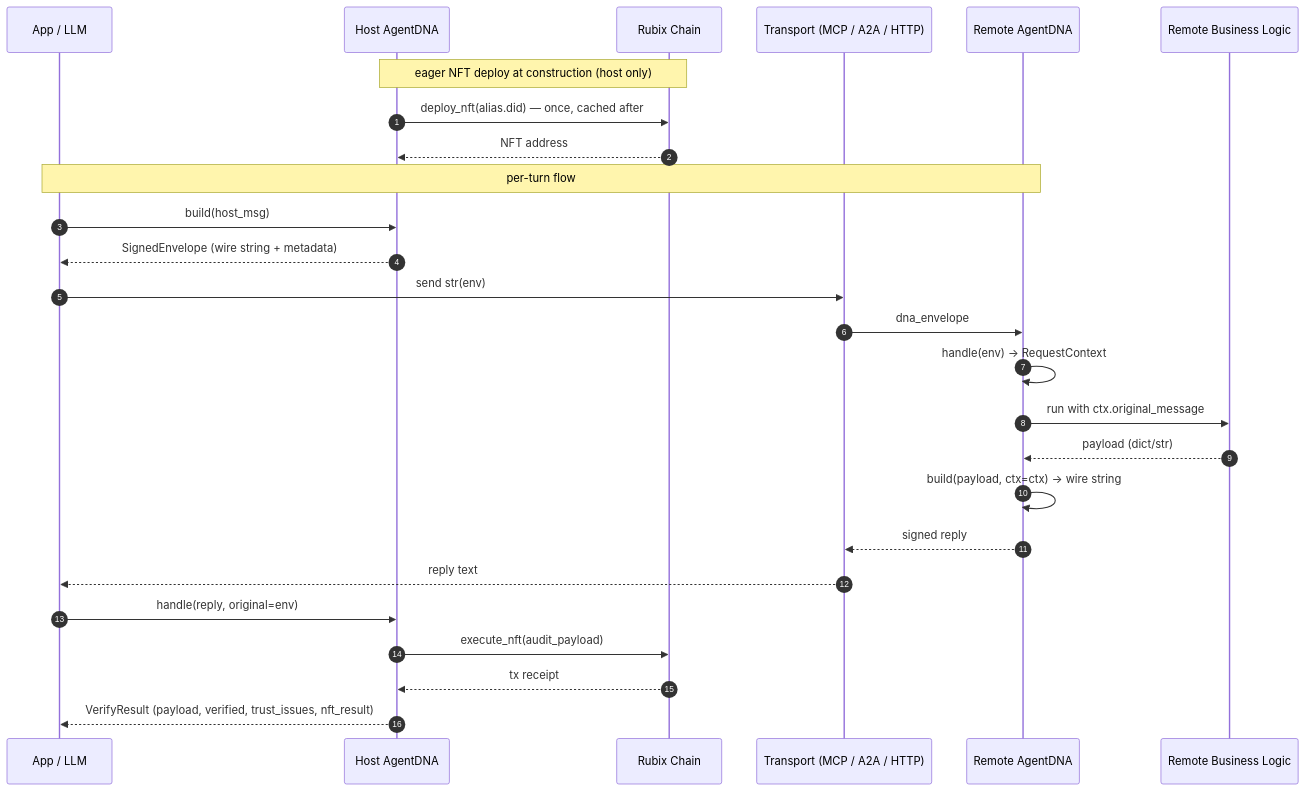
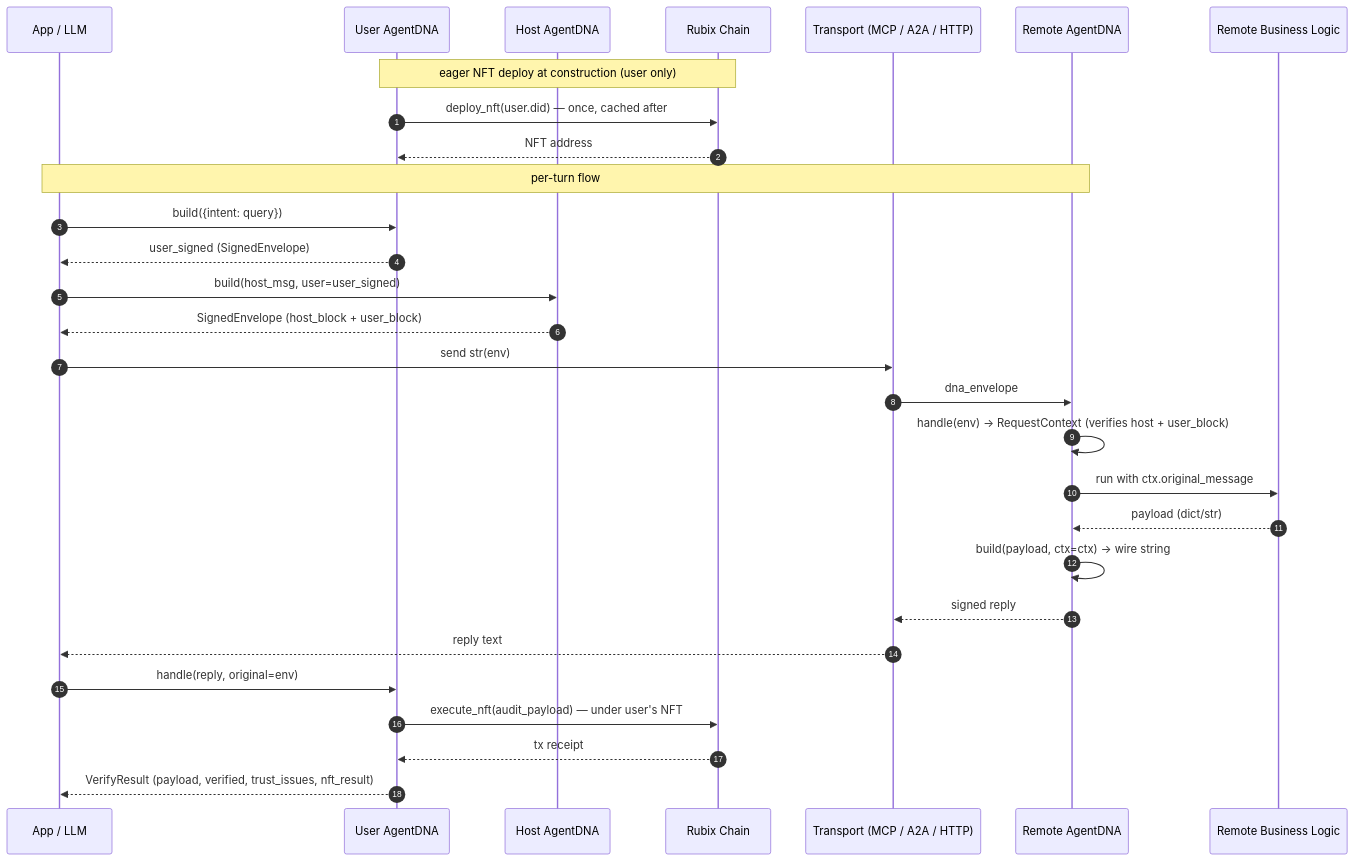
The third of 3 diagrams in docs/ARCHITECTURE.md (agent-dna/agentdna), drawn with Mermaid before and after one commit. The commit also changed other lines of this file and 8 other files, not shown here.

Commit message:
User added to top of the chain

````diff
--- a/docs/ARCHITECTURE.md
+++ b/docs/ARCHITECTURE.md
@@ -167,30 +190,33 @@
 ```mermaid
 sequenceDiagram
     autonumber
     participant App as App / LLM
+    participant DNA_U as User AgentDNA
     participant DNA_H as Host AgentDNA
     participant Chain as Rubix Chain
     participant Transport as Transport (MCP / A2A / HTTP)
     participant DNA_R as Remote AgentDNA
     participant Logic as Remote Business Logic
 
-    Note over DNA_H,Chain: eager NFT deploy at construction (host only)
-    DNA_H->>Chain: deploy_nft(alias.did) — once, cached after
-    Chain-->>DNA_H: NFT address
+    Note over DNA_U,Chain: eager NFT deploy at construction (user only)
+    DNA_U->>Chain: deploy_nft(user.did) — once, cached after
+    Chain-->>DNA_U: NFT address
 
     Note over App,DNA_R: per-turn flow
-    App->>DNA_H: build(host_msg)
-    DNA_H-->>App: SignedEnvelope (wire string + metadata)
+    App->>DNA_U: build({intent: query})
+    DNA_U-->>App: user_signed (SignedEnvelope)
+    App->>DNA_H: build(host_msg, user=user_signed)
+    DNA_H-->>App: SignedEnvelope (host_block + user_block)
     App->>Transport: send str(env)
     Transport->>DNA_R: dna_envelope
-    DNA_R->>DNA_R: handle(env) → RequestContext
+    DNA_R->>DNA_R: handle(env) → RequestContext (verifies host + user_block)
     DNA_R->>Logic: run with ctx.original_message
     Logic-->>DNA_R: payload (dict/str)
     DNA_R->>DNA_R: build(payload, ctx=ctx) → wire string
     DNA_R-->>Transport: signed reply
     Transport-->>App: reply text
-    App->>DNA_H: handle(reply, original=env)
-    DNA_H->>Chain: execute_nft(audit_payload)
-    Chain-->>DNA_H: tx receipt
-    DNA_H-->>App: VerifyResult (payload, verified, trust_issues, nft_result)
+    App->>DNA_U: handle(reply, original=env)
+    DNA_U->>Chain: execute_nft(audit_payload) — under user's NFT
+    Chain-->>DNA_U: tx receipt
+    DNA_U-->>App: VerifyResult (payload, verified, trust_issues, nft_result)
 ```
````
